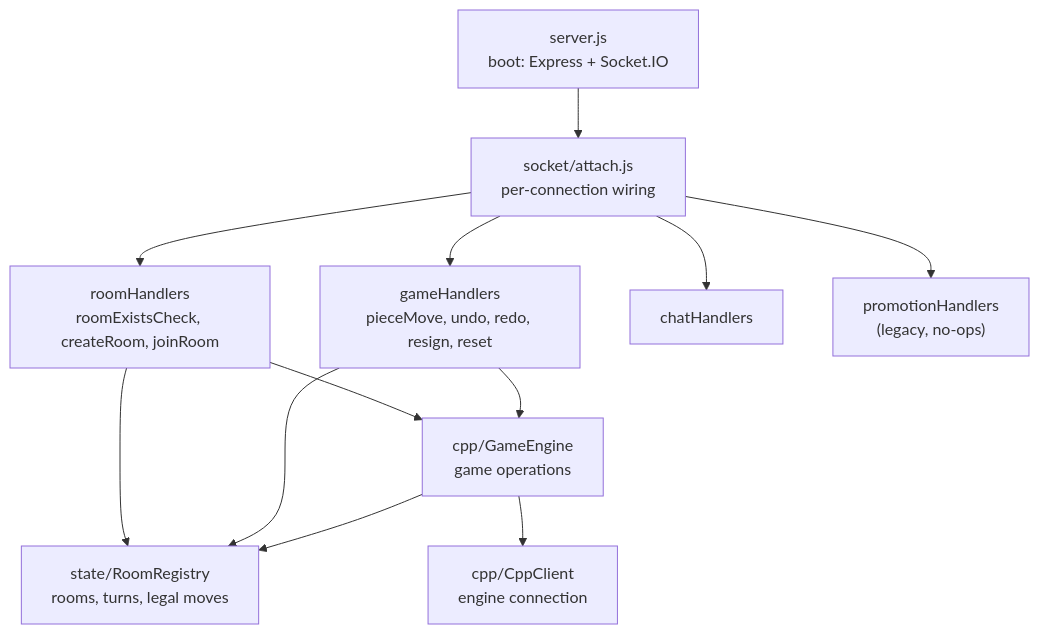
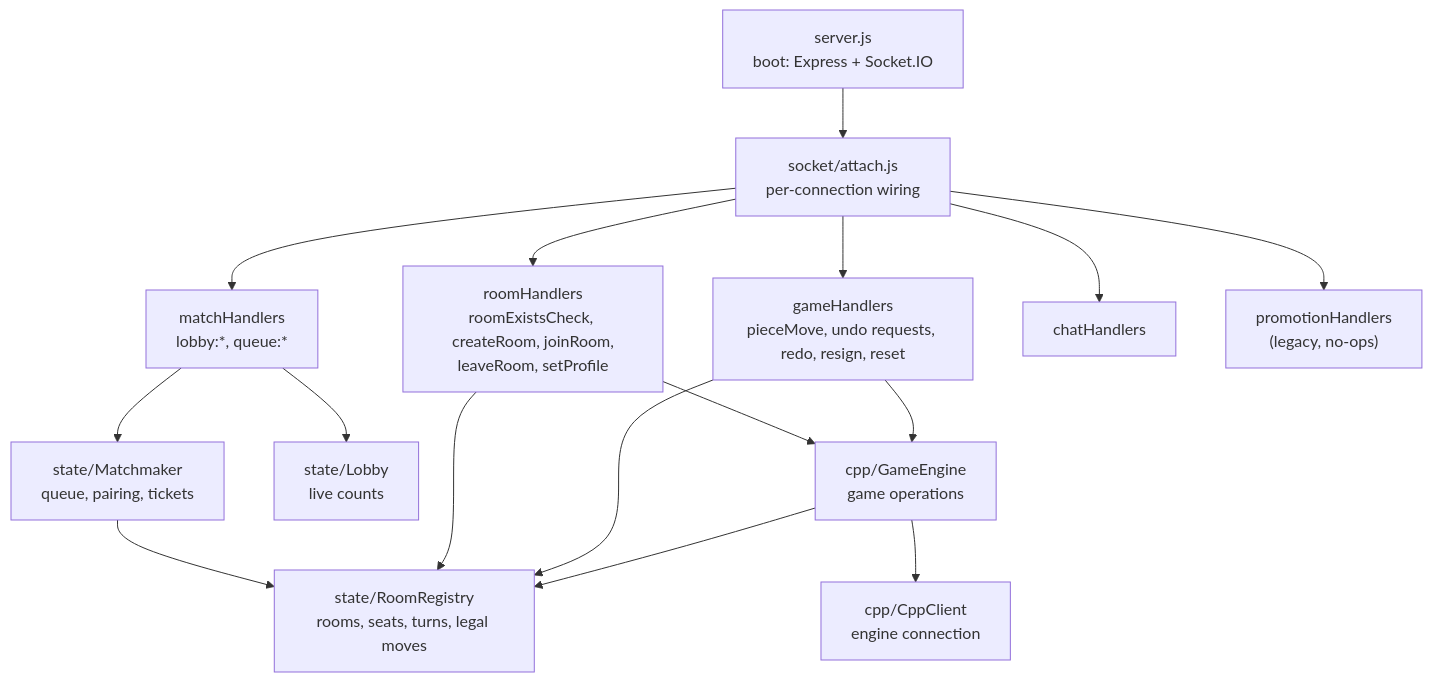
Before and after one commit to jamal474/Chess: the fourth of 12 diagrams in docs/architecture.md, drawn with Mermaid. The commit also changed other lines of this file and 31 other files, not shown here.

First line of the commit message:
feat: play online with matchmaking and live player counts

````diff
--- a/docs/architecture.md
+++ b/docs/architecture.md
@@ -189,14 +217,18 @@
 ```mermaid
 flowchart TD
     S["server.js<br/>boot: Express + Socket.IO"] --> A["socket/attach.js<br/>per-connection wiring"]
-    A --> RH["roomHandlers<br/>roomExistsCheck, createRoom, joinRoom"]
-    A --> GH["gameHandlers<br/>pieceMove, undo, redo, resign, reset"]
+    A --> RH["roomHandlers<br/>roomExistsCheck, createRoom, joinRoom,<br/>leaveRoom, setProfile"]
+    A --> GH["gameHandlers<br/>pieceMove, undo requests, redo, resign, reset"]
+    A --> MH["matchHandlers<br/>lobby:*, queue:*"]
     A --> CH["chatHandlers"]
     A --> PH["promotionHandlers<br/>(legacy, no-ops)"]
-    RH --> REG["state/RoomRegistry<br/>rooms, turns, legal moves"]
+    MH --> MM["state/Matchmaker<br/>queue, pairing, tickets"]
+    MH --> LB["state/Lobby<br/>live counts"]
+    MM --> REG
+    RH --> REG["state/RoomRegistry<br/>rooms, seats, turns, legal moves"]
     GH --> REG
     RH --> GE["cpp/GameEngine<br/>game operations"]
     GH --> GE
     GE --> REG
     GE --> CC["cpp/CppClient<br/>engine connection"]
 ```
````
